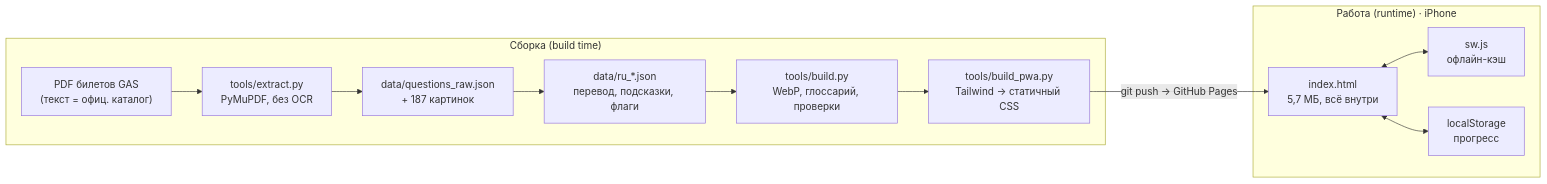
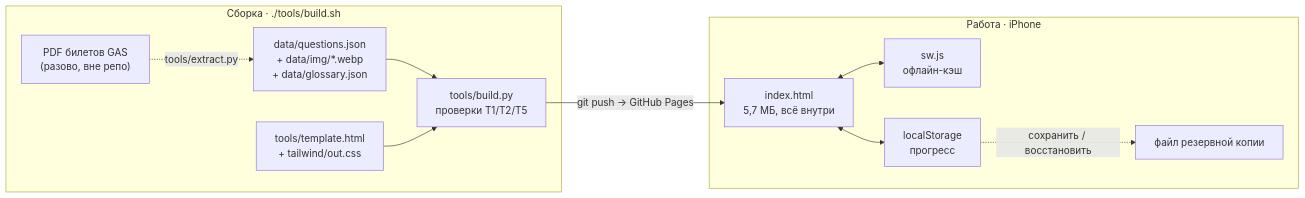
The diagram in docs/ARCHITECTURE.md (aboratorium/vozacki), drawn with Mermaid before and after one commit. The commit also changed other lines of this file and 208 other files, not shown here.

````diff
--- a/docs/ARCHITECTURE.md
+++ b/docs/ARCHITECTURE.md
@@ -18,18 +18,18 @@
 ```mermaid
 flowchart LR
-  subgraph build["Сборка (build time)"]
-    PDF["PDF билетов GAS<br/>(текст = офиц. каталог)"] --> EX["tools/extract.py<br/>PyMuPDF, без OCR"]
-    EX --> RAW["data/questions_raw.json<br/>+ 187 картинок"]
-    RAW --> TR["data/ru_*.json<br/>перевод, подсказки, флаги"]
-    TR --> BLD["tools/build.py<br/>WebP, глоссарий, проверки"]
-    BLD --> PWA["tools/build_pwa.py<br/>Tailwind → статичный CSS"]
+  subgraph build["Сборка · ./tools/build.sh"]
+    PDF["PDF билетов GAS<br/>(разово, вне репо)"] -. "tools/extract.py" .-> DB
+    DB["data/questions.json<br/>+ data/img/*.webp<br/>+ data/glossary.json"] --> BLD["tools/build.py<br/>проверки T1/T2/T5"]
+    TPL["tools/template.html<br/>+ tailwind/out.css"] --> BLD
   end
-  subgraph run["Работа (runtime) · iPhone"]
+  subgraph run["Работа · iPhone"]
     APP["index.html<br/>5,7 МБ, всё внутри"]
     SW["sw.js<br/>офлайн-кэш"]
     LS["localStorage<br/>прогресс"]
+    BK["файл резервной копии"]
   end
-  PWA -- "git push → GitHub Pages" --> APP
+  BLD -- "git push → GitHub Pages" --> APP
   APP <--> SW
   APP <--> LS
+  LS -. "сохранить / восстановить" .-> BK
 ```
````
